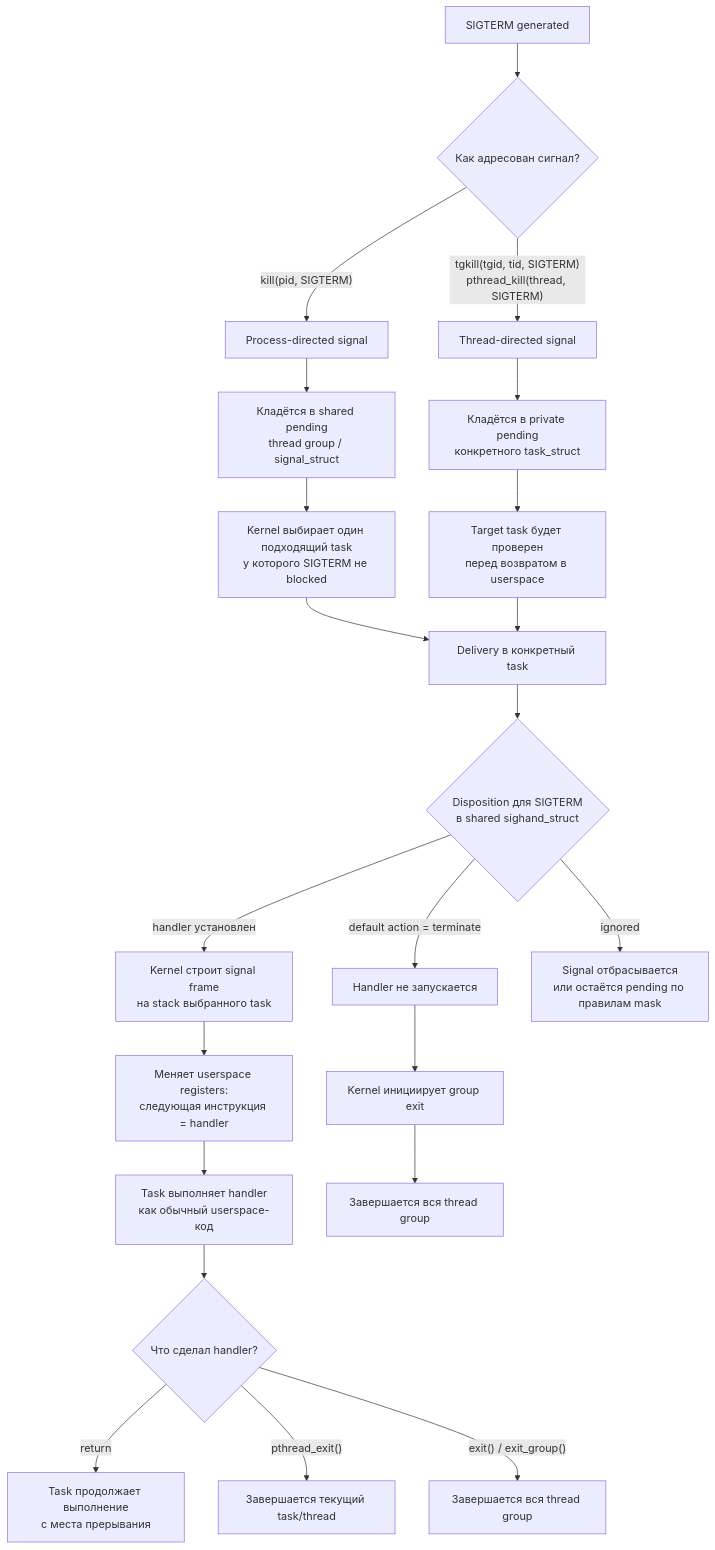
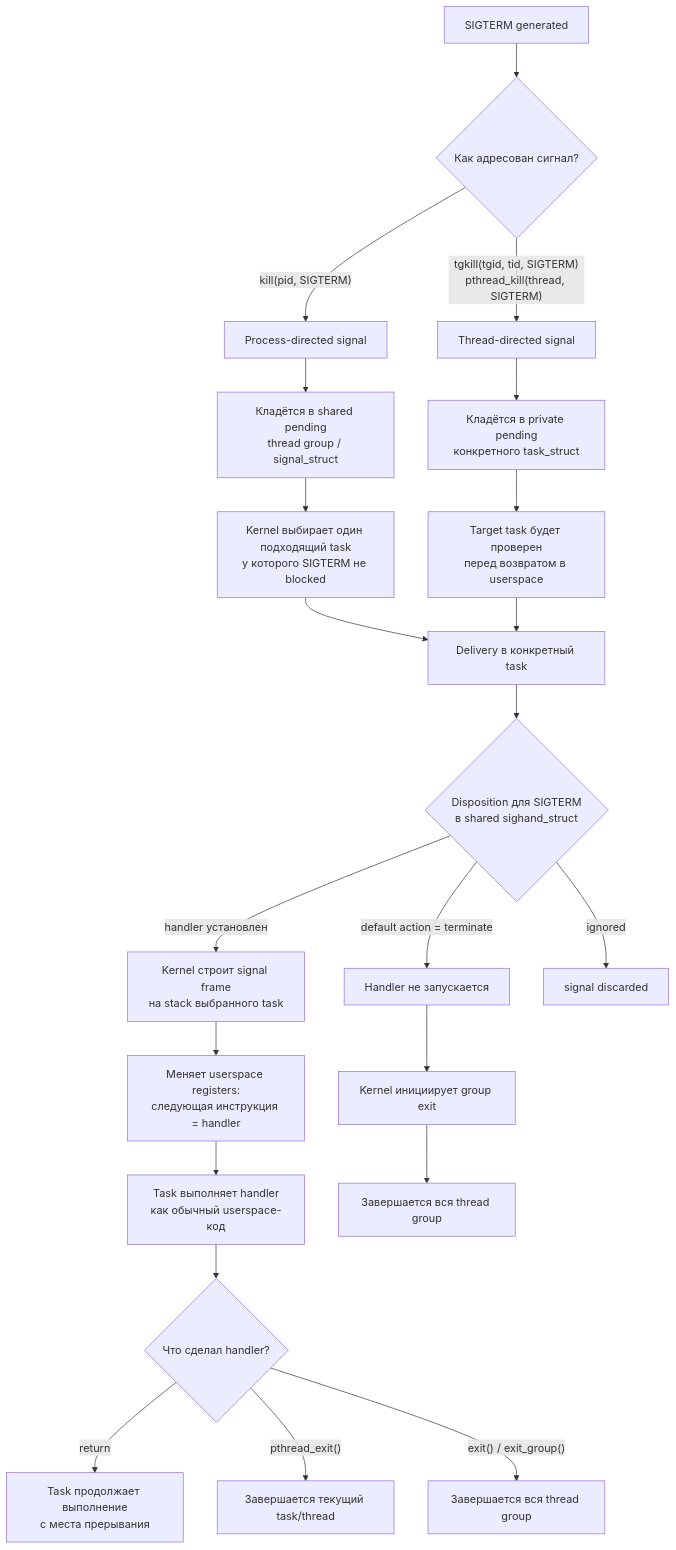
Before and after one commit to dixerim/devops: the diagram in devops.md, drawn with Mermaid. The commit also changed other lines of this file, not shown here.

````diff
--- a/devops.md
+++ b/devops.md
@@ -231,31 +231,31 @@
 ```mermaid
 flowchart TD
     A["SIGTERM generated"] --> B{"Как адресован сигнал?"}
 
     B -->|"kill(pid, SIGTERM)"| C["Process-directed signal"]
     C --> D["Кладётся в shared pending<br/>thread group / signal_struct"]
     D --> E["Kernel выбирает один подходящий task<br/>у которого SIGTERM не blocked"]
 
     B -->|"tgkill(tgid, tid, SIGTERM)<br/>pthread_kill(thread, SIGTERM)"| F["Thread-directed signal"]
     F --> G["Кладётся в private pending<br/>конкретного task_struct"]
     G --> H["Target task будет проверен<br/>перед возвратом в userspace"]
 
     E --> I["Delivery в конкретный task"]
     H --> I
 
     I --> J{"Disposition для SIGTERM<br/>в shared sighand_struct"}
 
     J -->|"handler установлен"| K["Kernel строит signal frame<br/>на stack выбранного task"]
     K --> L["Меняет userspace registers:<br/>следующая инструкция = handler"]
     L --> M["Task выполняет handler<br/>как обычный userspace-код"]
     M --> N{"Что сделал handler?"}
     N -->|"return"| O["Task продолжает выполнение<br/>с места прерывания"]
     N -->|"pthread_exit()"| P["Завершается текущий task/thread"]
     N -->|"exit() / exit_group()"| Q["Завершается вся thread group"]
 
     J -->|"default action = terminate"| R["Handler не запускается"]
     R --> S["Kernel инициирует group exit"]
     S --> T["Завершается вся thread group"]
 
-    J -->|"ignored"| U["Signal отбрасывается<br/>или остаётся pending по правилам mask"]
+    J -->|"ignored"| U["signal discarded"]
 ```
````
